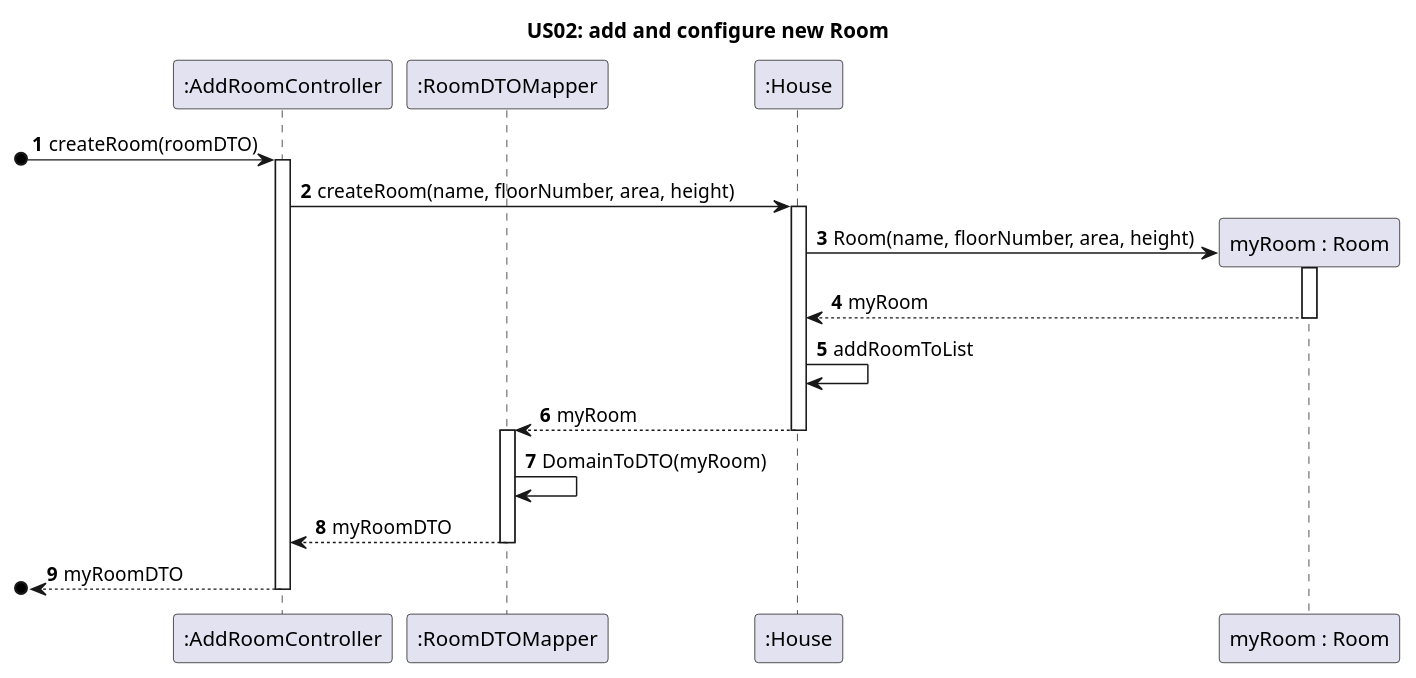
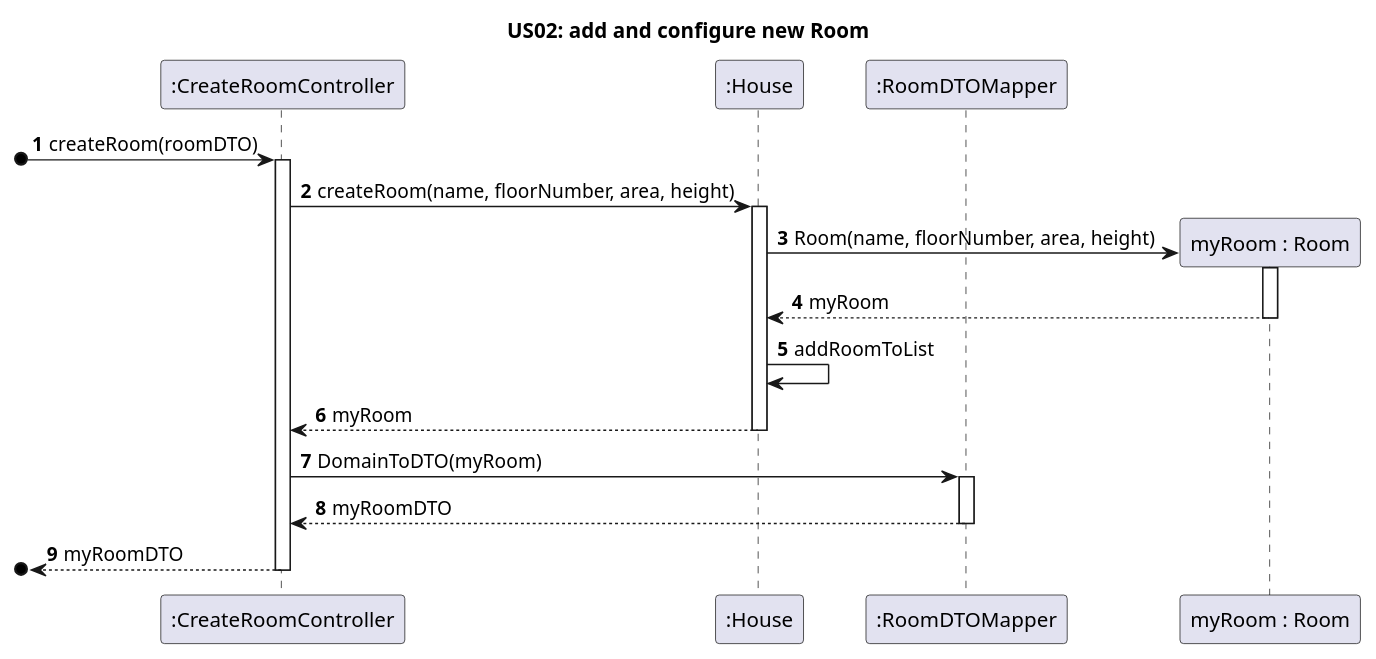
The diagram in src/main/java/pt/ipp/isep/dei/examples/basic/domain/SmartHome/UML/US02.puml (RicardoAraujoPT/SmartHome2), drawn with PlantUML before and after one commit. The commit also changed 1 other file, not shown here.

Commit message:
Sequence Diagram US02 updated, testNullHouse added in CreateRoomControllerTest

```diff
--- a/src/main/java/pt/ipp/isep/dei/examples/basic/domain/SmartHome/UML/US02.puml
+++ b/src/main/java/pt/ipp/isep/dei/examples/basic/domain/SmartHome/UML/US02.puml
@@ -1,31 +1,31 @@
 @startuml
 'https://plantuml.com/sequence-diagram
 
 
 title US02: add and configure new Room
 
 
 autonumber
-participant ":AddRoomController"
+participant ":CreateRoomController"
+participant ":House"
 participant ":RoomDTOMapper"
-participant ":House"
 
-[o-> ":AddRoomController" : createRoom(roomDTO)
-activate ":AddRoomController"
-":AddRoomController" -> ":House" : createRoom(name, floorNumber, area, height)
+[o-> ":CreateRoomController" : createRoom(roomDTO)
+activate ":CreateRoomController"
+":CreateRoomController" -> ":House" : createRoom(name, floorNumber, area, height)
 activate ":House"
 ":House" -> "myRoom : Room" ** : Room(name, floorNumber, area, height)
 activate "myRoom : Room"
 "myRoom : Room" --> ":House" : myRoom
 deactivate "myRoom : Room"
 ":House" -> ":House" : addRoomToList
-":House" --> ":RoomDTOMapper" : myRoom
+":House" --> ":CreateRoomController" : myRoom
 deactivate ":House"
+":CreateRoomController" -> ":RoomDTOMapper" : DomainToDTO(myRoom)
 activate ":RoomDTOMapper"
-":RoomDTOMapper" -> ":RoomDTOMapper" : DomainToDTO(myRoom)
-":RoomDTOMapper" --> ":AddRoomController" : myRoomDTO
+":RoomDTOMapper" --> ":CreateRoomController" : myRoomDTO
 deactivate ":RoomDTOMapper"
-[o<-- ":AddRoomController" : myRoomDTO
-deactivate ":AddRoomController"
+[o<-- ":CreateRoomController" : myRoomDTO
+deactivate ":CreateRoomController"
 
 @enduml
```
